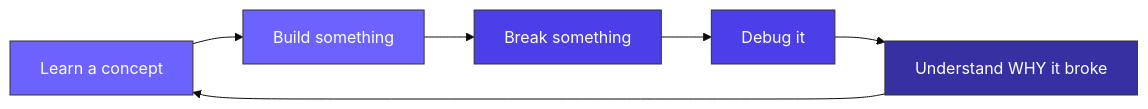
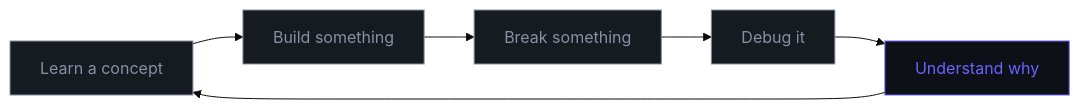
One commit to laraib-builds/laraib-builds changed the third of 3 diagrams in README.md. Above: the diagram before and after it, drawn with Mermaid (base theme). The commit also changed other lines of this file, not shown here.

````diff
--- a/README.md
+++ b/README.md
@@ -171,14 +158,14 @@
 ```mermaid
 flowchart LR
     A[Learn a concept] --> B[Build something]
     B --> C[Break something]
     C --> D[Debug it]
-    D --> E[Understand WHY it broke]
+    D --> E[Understand why]
     E --> A
 
-    style A fill:#6C63FF,stroke:#333,color:#fff
-    style B fill:#6C63FF,stroke:#333,color:#fff
-    style C fill:#4C3FE8,stroke:#333,color:#fff
-    style D fill:#4C3FE8,stroke:#333,color:#fff
-    style E fill:#3730A3,stroke:#333,color:#fff
+    style A fill:#161b22,stroke:#8B8FA3,color:#8B8FA3
+    style B fill:#161b22,stroke:#8B8FA3,color:#8B8FA3
+    style C fill:#161b22,stroke:#8B8FA3,color:#8B8FA3
+    style D fill:#161b22,stroke:#8B8FA3,color:#8B8FA3
+    style E fill:#0d1117,stroke:#6C63FF,color:#6C63FF
 ```
````
